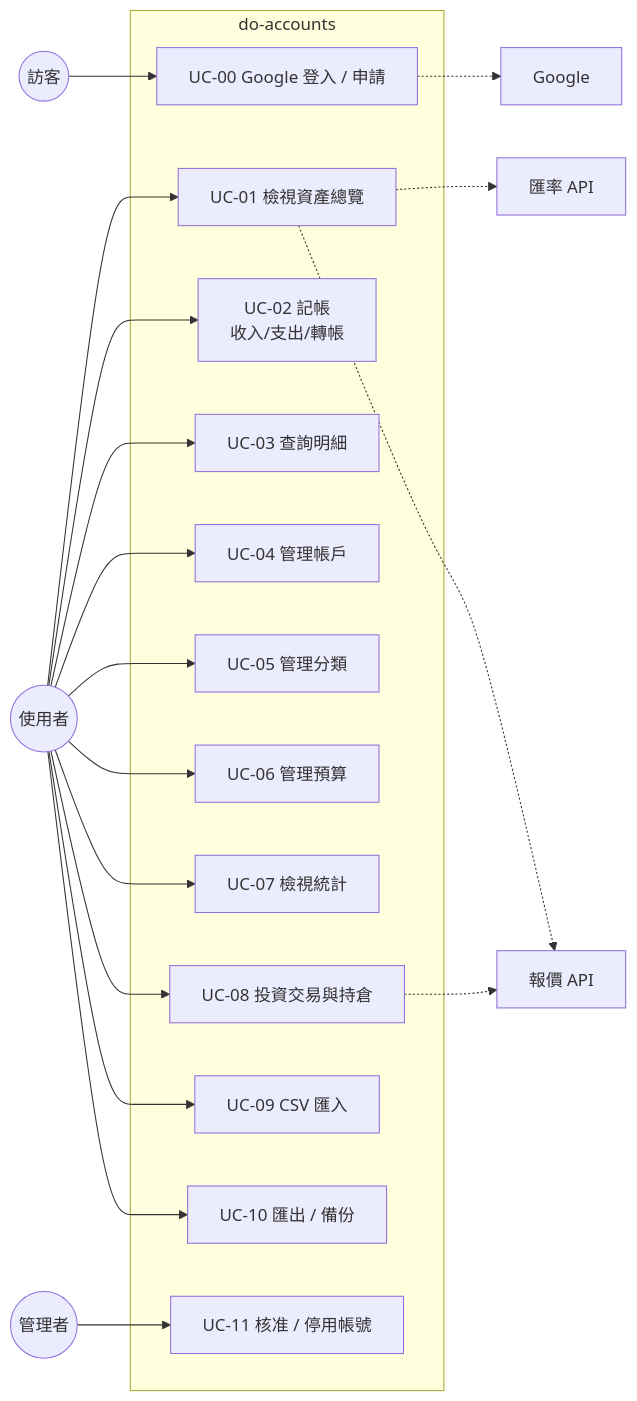
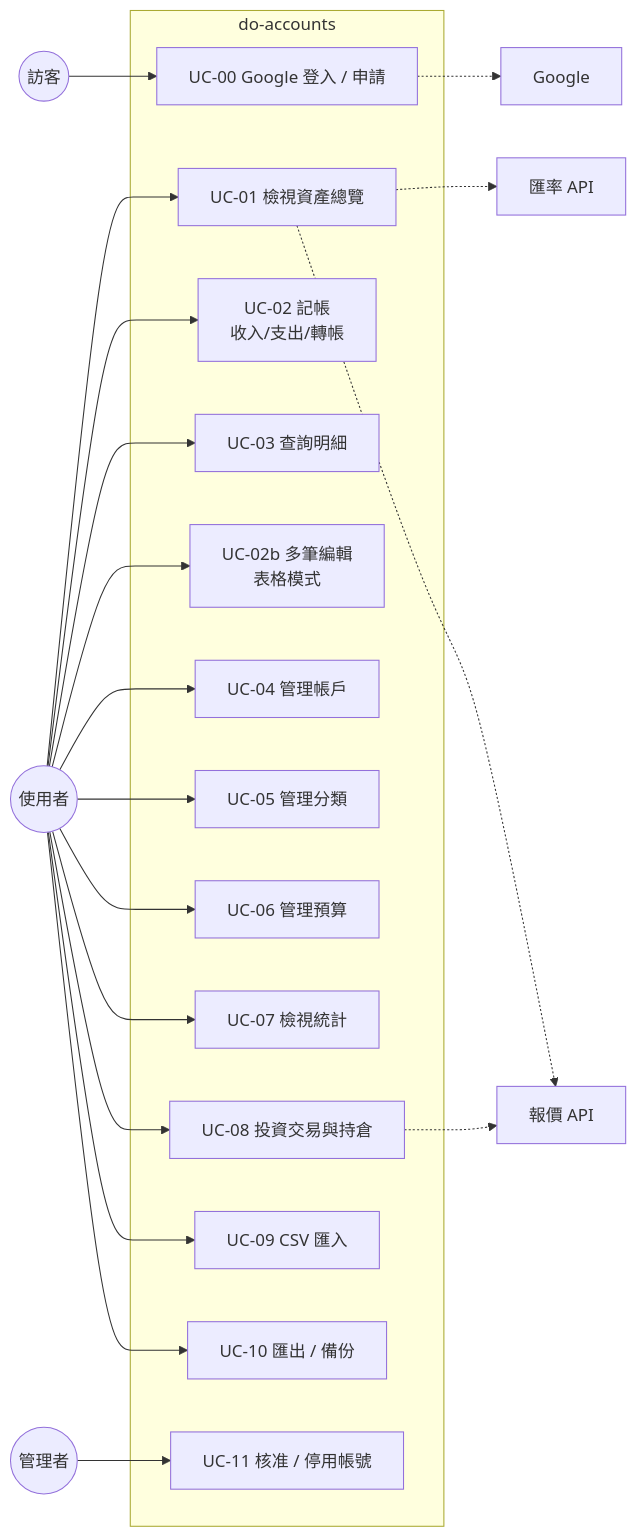
Before and after one commit to alexsuze/do-accounts: the first of 3 diagrams in docs/SA.md, drawn with Mermaid. The commit also changed other lines of this file and 1 other file, not shown here.

First line of the commit message:
docs: 新增多筆編輯（表格模式）需求與設計

````diff
--- a/docs/SA.md
+++ b/docs/SA.md
@@ -245,29 +263,30 @@
 ```mermaid
 graph LR
     G((訪客))
     U((使用者))
     A((管理者))
     subgraph do-accounts
         UC0[UC-00 Google 登入 / 申請]
         UC1[UC-01 檢視資產總覽]
         UC2[UC-02 記帳<br/>收入/支出/轉帳]
         UC3[UC-03 查詢明細]
+        UC2B[UC-02b 多筆編輯<br/>表格模式]
         UC4[UC-04 管理帳戶]
         UC5[UC-05 管理分類]
         UC6[UC-06 管理預算]
         UC7[UC-07 檢視統計]
         UC8[UC-08 投資交易與持倉]
         UC9[UC-09 CSV 匯入]
         UC10[UC-10 匯出 / 備份]
         UC11[UC-11 核准 / 停用帳號]
     end
     FX[匯率 API]
     QT[報價 API]
     G --> UC0
-    U --> UC1 & UC2 & UC3 & UC4 & UC5 & UC6 & UC7 & UC8 & UC9 & UC10
+    U --> UC1 & UC2 & UC2B & UC3 & UC4 & UC5 & UC6 & UC7 & UC8 & UC9 & UC10
     A --> UC11
     UC0 -.-> GG[Google]
     UC1 -.-> FX
     UC1 -.-> QT
     UC8 -.-> QT
 ```
````
